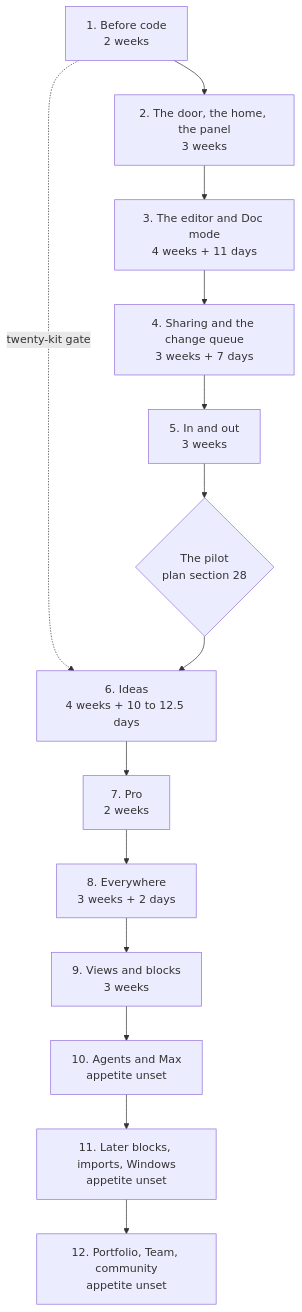
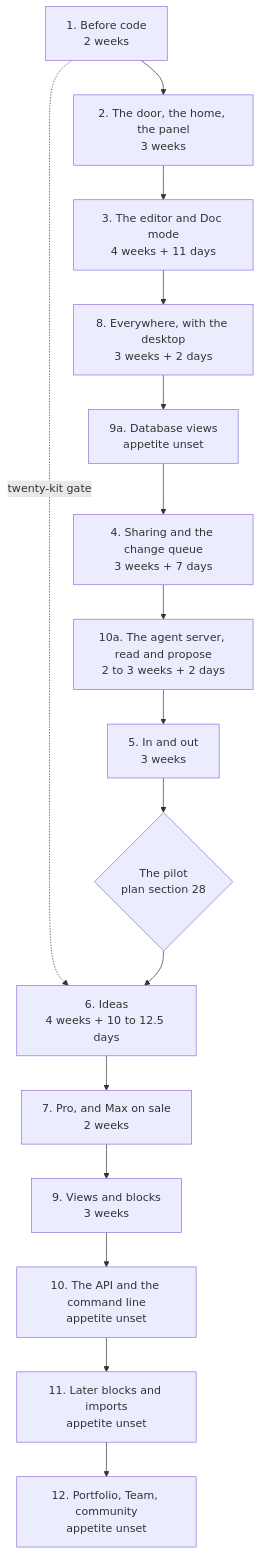
Before and after one commit to studiozephyrus/frontmatter: the diagram in docs/pack/50-ROADMAP.md, drawn with Mermaid. The commit also changed other lines of this file and 5 other files, not shown here.

First line of the commit message:
pack: carry D04, D06, D09, D12, D13 and D14 into the roadmap and plan

````diff
--- a/docs/pack/50-ROADMAP.md
+++ b/docs/pack/50-ROADMAP.md
@@ -59,16 +64,18 @@
 ```mermaid
 graph TD
   B1["1. Before code<br/>2 weeks"] --> B2["2. The door, the home, the panel<br/>3 weeks"]
   B2 --> B3["3. The editor and Doc mode<br/>4 weeks + 11 days"]
-  B3 --> B4["4. Sharing and the change queue<br/>3 weeks + 7 days"]
-  B4 --> B5["5. In and out<br/>3 weeks"]
+  B3 --> B8["8. Everywhere, with the desktop<br/>3 weeks + 2 days"]
+  B8 --> B9a["9a. Database views<br/>appetite unset"]
+  B9a --> B4["4. Sharing and the change queue<br/>3 weeks + 7 days"]
+  B4 --> B10a["10a. The agent server, read and propose<br/>2 to 3 weeks + 2 days"]
+  B10a --> B5["5. In and out<br/>3 weeks"]
   B5 --> P{"The pilot<br/>plan section 28"}
   B1 -. "twenty-kit gate" .-> B6
   P --> B6["6. Ideas<br/>4 weeks + 10 to 12.5 days"]
-  B6 --> B7["7. Pro<br/>2 weeks"]
-  B7 --> B8["8. Everywhere<br/>3 weeks + 2 days"]
-  B8 --> B9["9. Views and blocks<br/>3 weeks"]
-  B9 --> B10["10. Agents and Max<br/>appetite unset"]
-  B10 --> B11["11. Later blocks, imports, Windows<br/>appetite unset"]
+  B6 --> B7["7. Pro, and Max on sale<br/>2 weeks"]
+  B7 --> B9["9. Views and blocks<br/>3 weeks"]
+  B9 --> B10["10. The API and the command line<br/>appetite unset"]
+  B10 --> B11["11. Later blocks and imports<br/>appetite unset"]
   B11 --> B12["12. Portfolio, Team, community<br/>appetite unset"]
 ```
````
